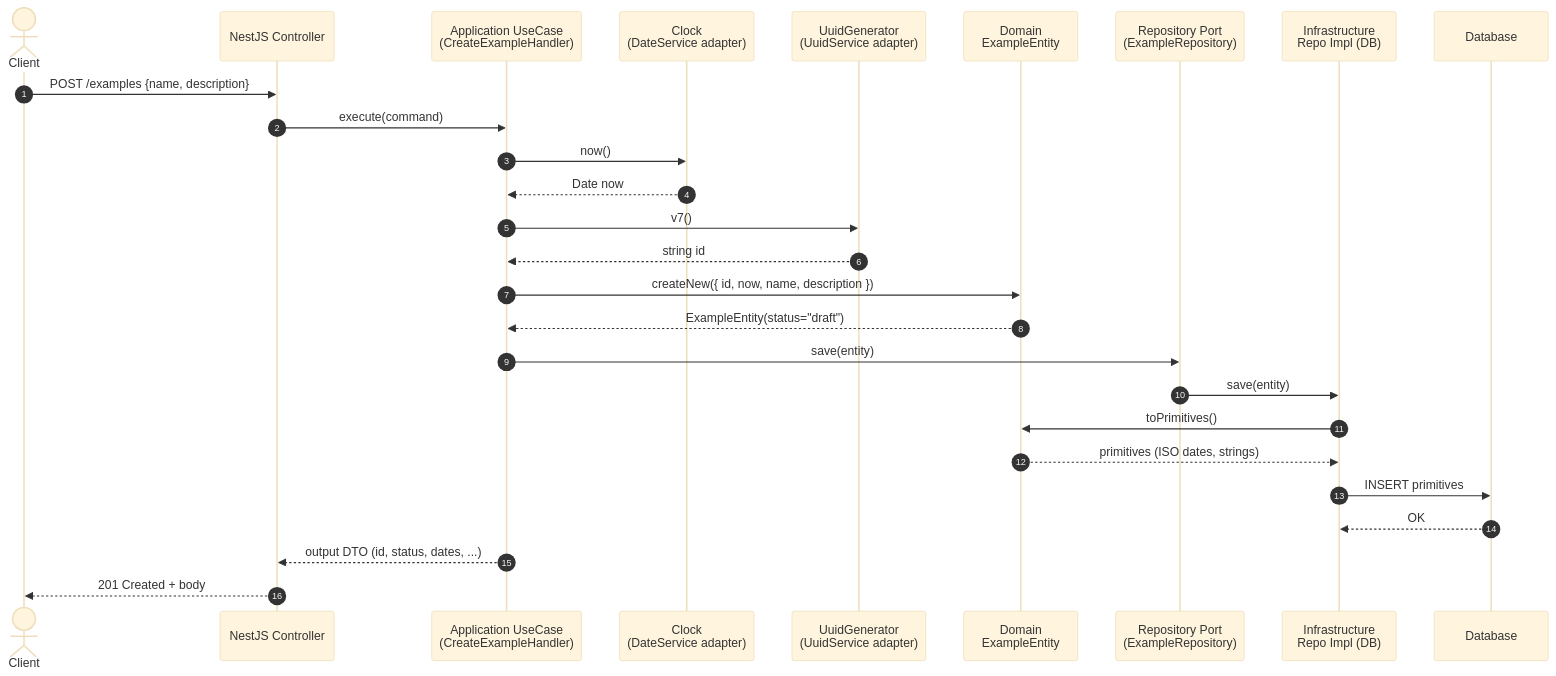
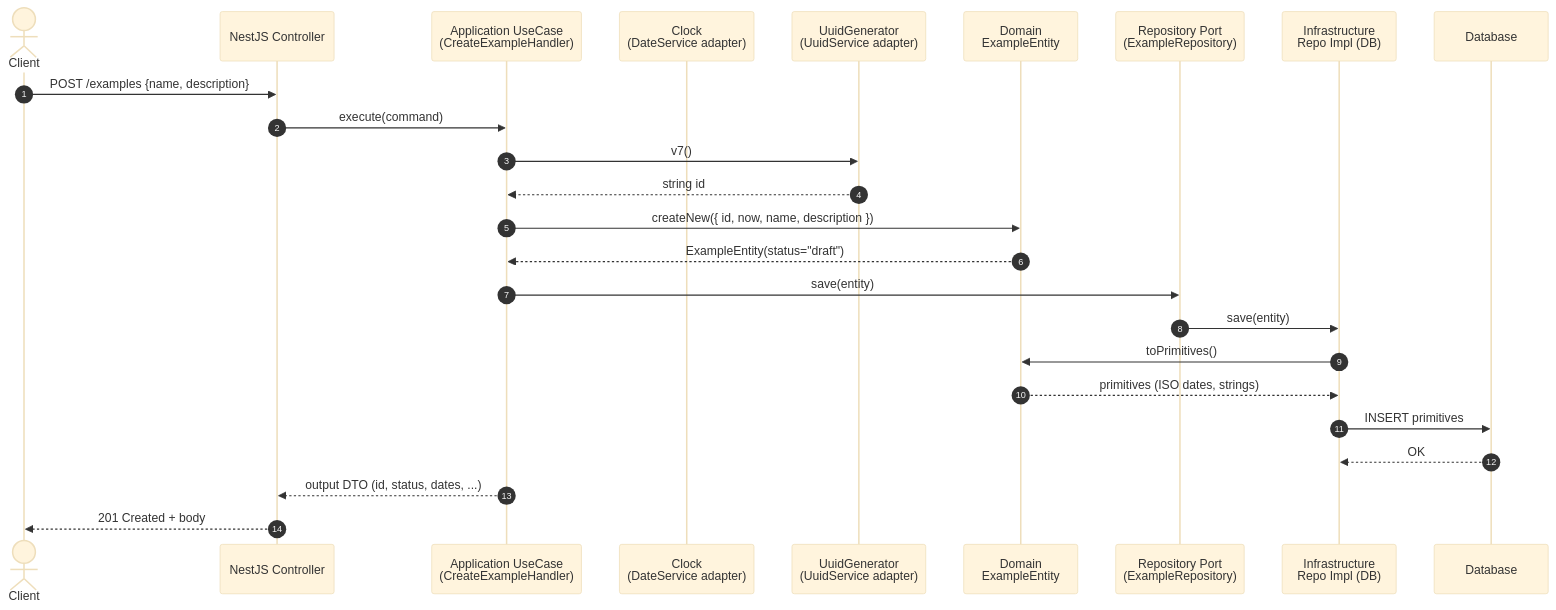
The first of 2 diagrams in src/modules/example/application/create-example-use-cases/create-example.usecase.md (Jeremy-Fleury/saas-boilerplate), drawn with Mermaid (base theme) before and after one commit. The commit also changed 64 other files, not shown here.

````diff
--- a/src/modules/example/application/create-example-use-cases/create-example.usecase.md
+++ b/src/modules/example/application/create-example-use-cases/create-example.usecase.md
@@ -1,34 +1,32 @@
 ```mermaid
 sequenceDiagram
   autonumber
   actor Client
   participant Controller as NestJS Controller
   participant UseCase as Application UseCase<br/>(CreateExampleHandler)
   participant Clock as Clock<br/>(DateService adapter)
   participant Uuid as UuidGenerator<br/>(UuidService adapter)
   participant Entity as Domain<br/>ExampleEntity
   participant Repo as Repository Port<br/>(ExampleRepository)
   participant RepoImpl as Infrastructure<br/>Repo Impl (DB)
   participant DB as Database
 
   Client->>Controller: POST /examples {name, description}
   Controller->>UseCase: execute(command)
 
-  UseCase->>Clock: now()
-  Clock-->>UseCase: Date now
   UseCase->>Uuid: v7()
   Uuid-->>UseCase: string id
 
   UseCase->>Entity: createNew({ id, now, name, description })
   Entity-->>UseCase: ExampleEntity(status="draft")
 
   UseCase->>Repo: save(entity)
   Repo->>RepoImpl: save(entity)
   RepoImpl->>Entity: toPrimitives()
   Entity-->>RepoImpl: primitives (ISO dates, strings)
   RepoImpl->>DB: INSERT primitives
   DB-->>RepoImpl: OK
 
   UseCase-->>Controller: output DTO (id, status, dates, ...)
   Controller-->>Client: 201 Created + body
 ```
````
